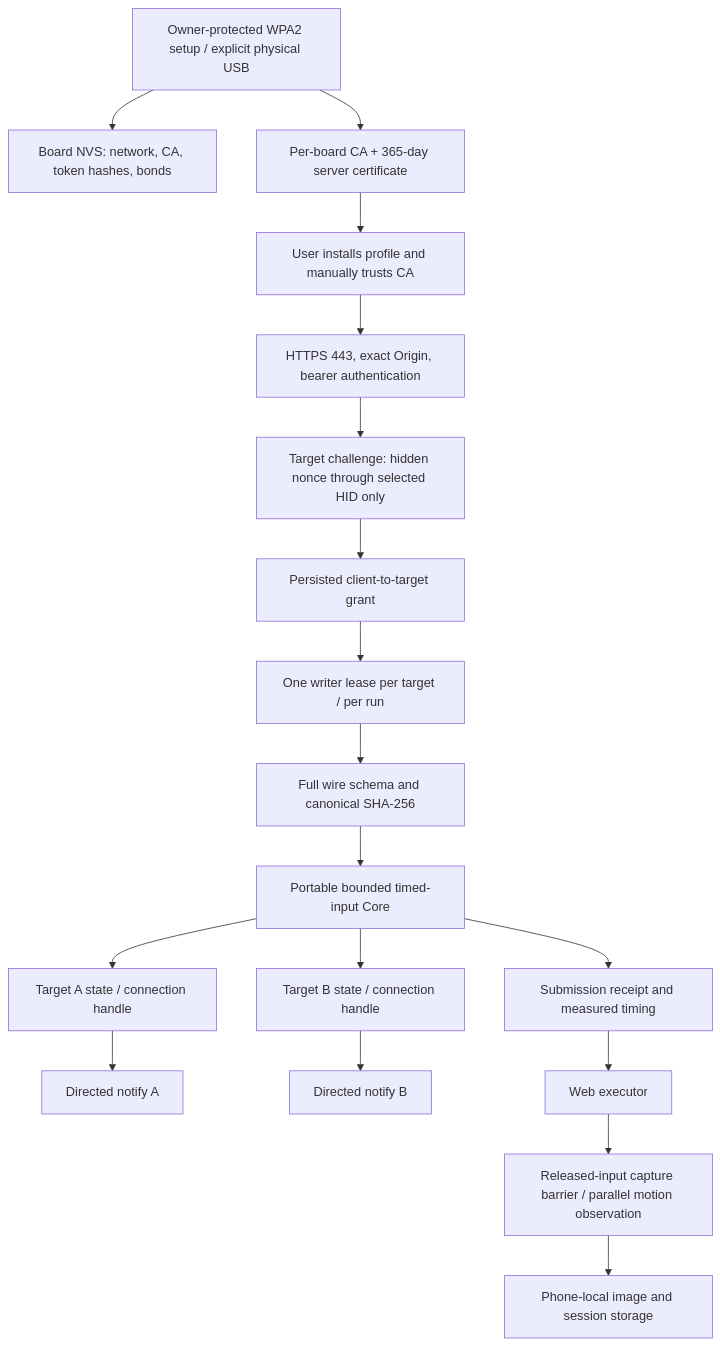
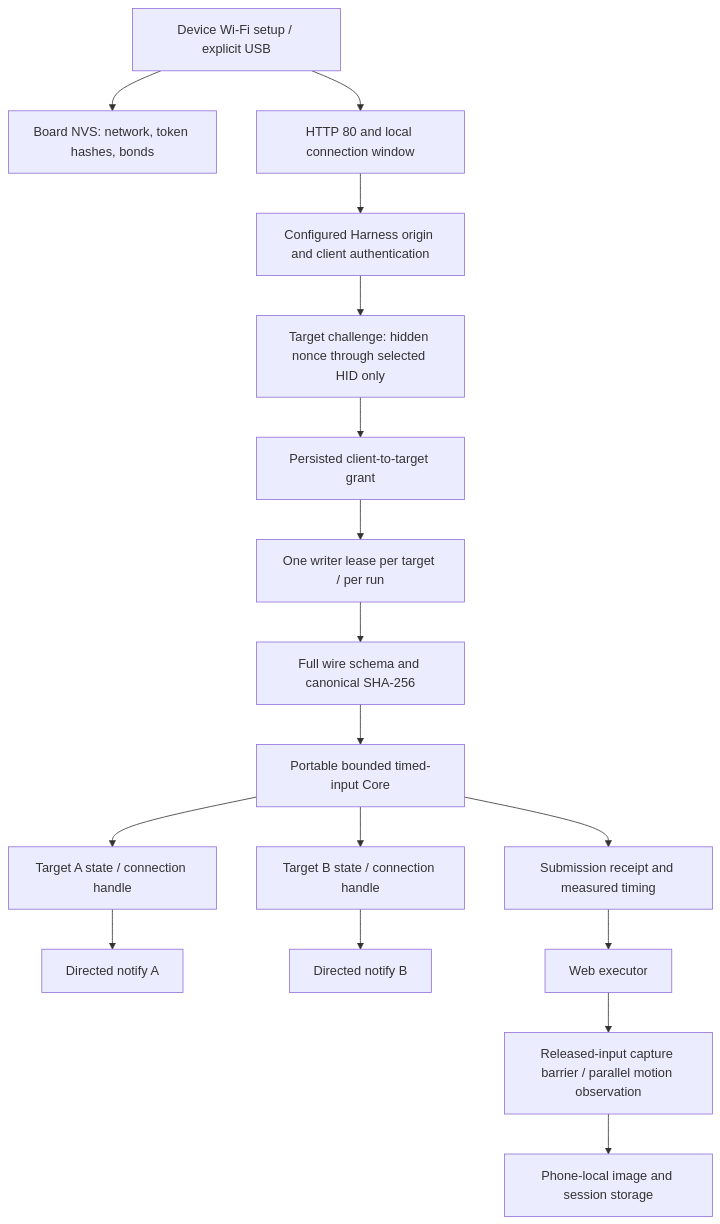
The first of 2 diagrams in docs/architecture/firmware-implementation.md (cccat6/iphone-agent-harness), drawn with Mermaid before and after one commit. The commit also changed other lines of this file and 122 other files, not shown here.

Commit message:
Repair primary Harness flows and add certificate-free LAN window transport

````diff
--- a/docs/architecture/firmware-implementation.md
+++ b/docs/architecture/firmware-implementation.md
@@ -9,20 +9,19 @@
 ```mermaid
 flowchart TD
-  Setup[Owner-protected WPA2 setup / explicit physical USB] --> NVS[Board NVS: network, CA, token hashes, bonds]
-  Setup --> CA[Per-board CA + 365-day server certificate]
-  CA --> Trust[User installs profile and manually trusts CA]
-  Trust --> TLS[HTTPS 443, exact Origin, bearer authentication]
-  TLS --> Proof[Target challenge: hidden nonce through selected HID only]
+  Setup[Device Wi-Fi setup / explicit USB] --> NVS[Board NVS: network, token hashes, bonds]
+  Setup --> HTTP[HTTP 80 and local connection window]
+  HTTP --> Origin[Configured Harness origin and client authentication]
+  Origin --> Proof[Target challenge: hidden nonce through selected HID only]
   Proof --> Grant[Persisted client-to-target grant]
   Grant --> Writer[One writer lease per target / per run]
   Writer --> Verify[Full wire schema and canonical SHA-256]
   Verify --> Core[Portable bounded timed-input Core]
   Core --> A[Target A state / connection handle]
   Core --> B[Target B state / connection handle]
   A --> NA[Directed notify A]
   B --> NB[Directed notify B]
   Core --> Receipt[Submission receipt and measured timing]
   Receipt --> Host[Web executor]
   Host --> Capture[Released-input capture barrier / parallel motion observation]
   Capture --> DB[Phone-local image and session storage]
 ```
````
